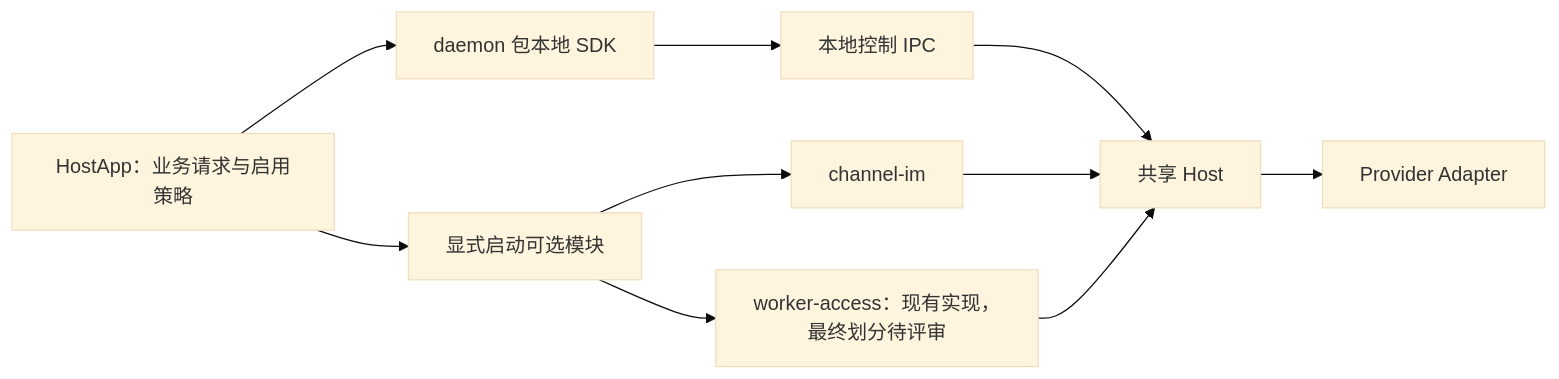
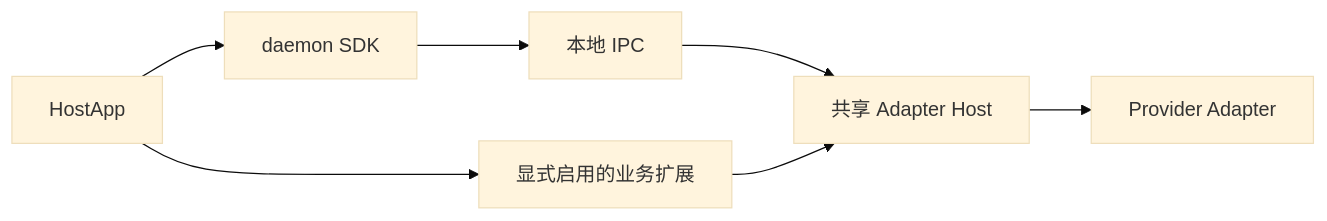
One commit to LarsonLian/octo-runtime changed the diagram in docs/01-architecture.md. Above: the diagram before and after it, drawn with Mermaid (base theme). The commit also changed other lines of this file and 54 other files, not shown here.

````diff
--- a/docs/01-architecture.md
+++ b/docs/01-architecture.md
@@ -9,12 +5,9 @@
 ```mermaid
 flowchart LR
-  APP["HostApp：业务请求与启用策略"] --> SDK["daemon 包本地 SDK"]
-  SDK --> IPC["本地控制 IPC"]
-  IPC --> H["共享 Host"]
-  H --> A["Provider Adapter"]
-  APP --> M["显式启动可选模块"]
-  M --> IM["channel-im"]
-  M --> W["worker-access：现有实现，最终划分待评审"]
-  IM --> H
-  W --> H
+  APP[HostApp] --> SDK[daemon SDK]
+  SDK --> IPC[本地 IPC]
+  IPC --> HOST[共享 Adapter Host]
+  HOST --> PROVIDER[Provider Adapter]
+  APP --> EXTRA[显式启用的业务扩展]
+  EXTRA --> HOST
 ```
````
